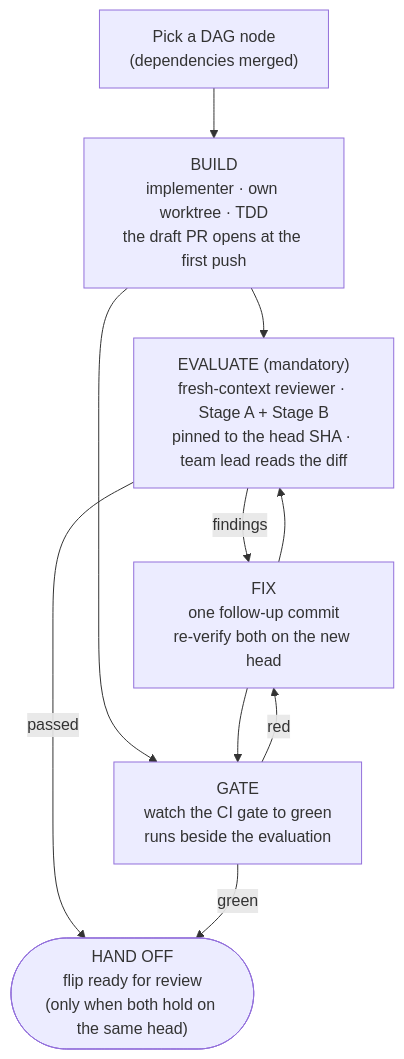
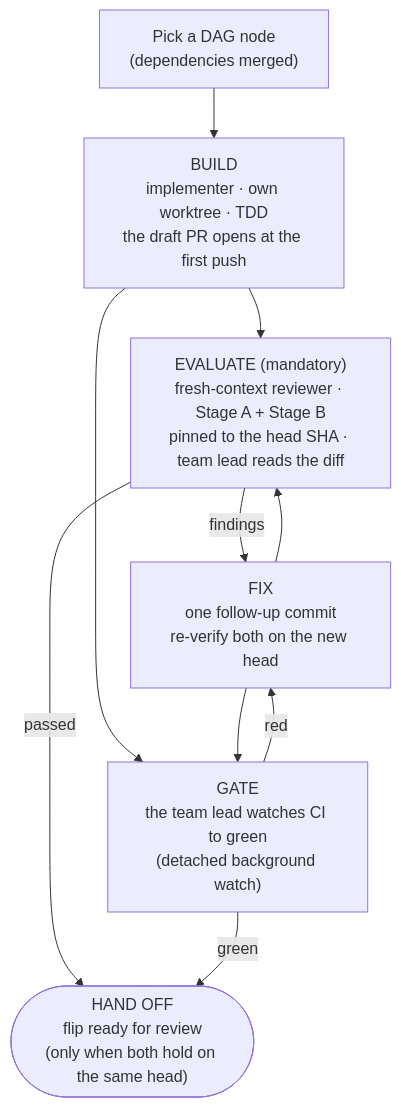
The diagram in .agents/orchestration-strategy.md (AlexaDeWit/Ecluse), drawn with Mermaid before and after one commit. The commit also changed other lines of this file and 2 other files, not shown here.

First line of the commit message:
docs(agents): make the team lead own the CI watch (#1060)

````diff
--- a/.agents/orchestration-strategy.md
+++ b/.agents/orchestration-strategy.md
@@ -66,12 +66,12 @@
 ```mermaid
 flowchart TD
     P["Pick a DAG node<br/>(dependencies merged)"] --> B["BUILD<br/>implementer · own worktree · TDD<br/>the draft PR opens at the first push"]
     B --> E["EVALUATE (mandatory)<br/>fresh-context reviewer · Stage A + Stage B<br/>pinned to the head SHA · team lead reads the diff"]
-    B --> G["GATE<br/>watch the CI gate to green<br/>runs beside the evaluation"]
+    B --> G["GATE<br/>the team lead watches CI to green<br/>(detached background watch)"]
     E -->|findings| F["FIX<br/>one follow-up commit<br/>re-verify both on the new head"]
     G -->|red| F
     F --> E
     F --> G
     E -->|passed| H(["HAND OFF<br/>flip ready for review<br/>(only when both hold on the same head)"])
     G -->|green| H
 ```
````
